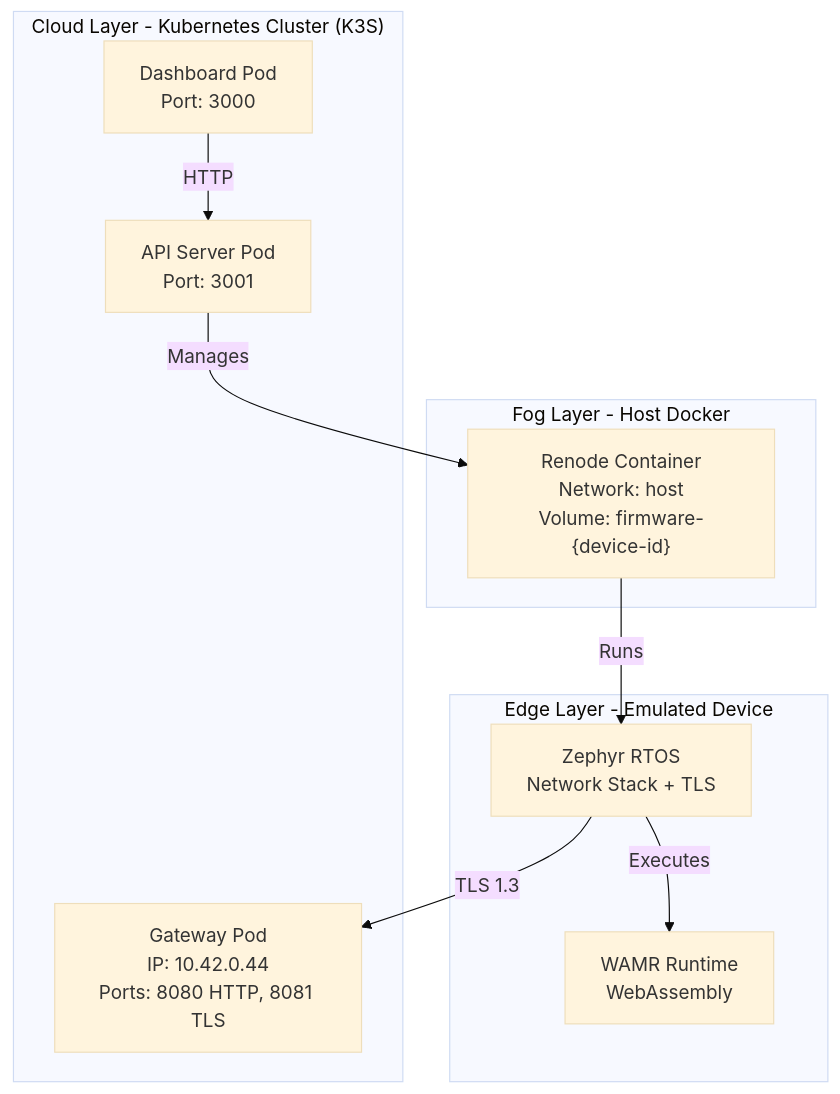
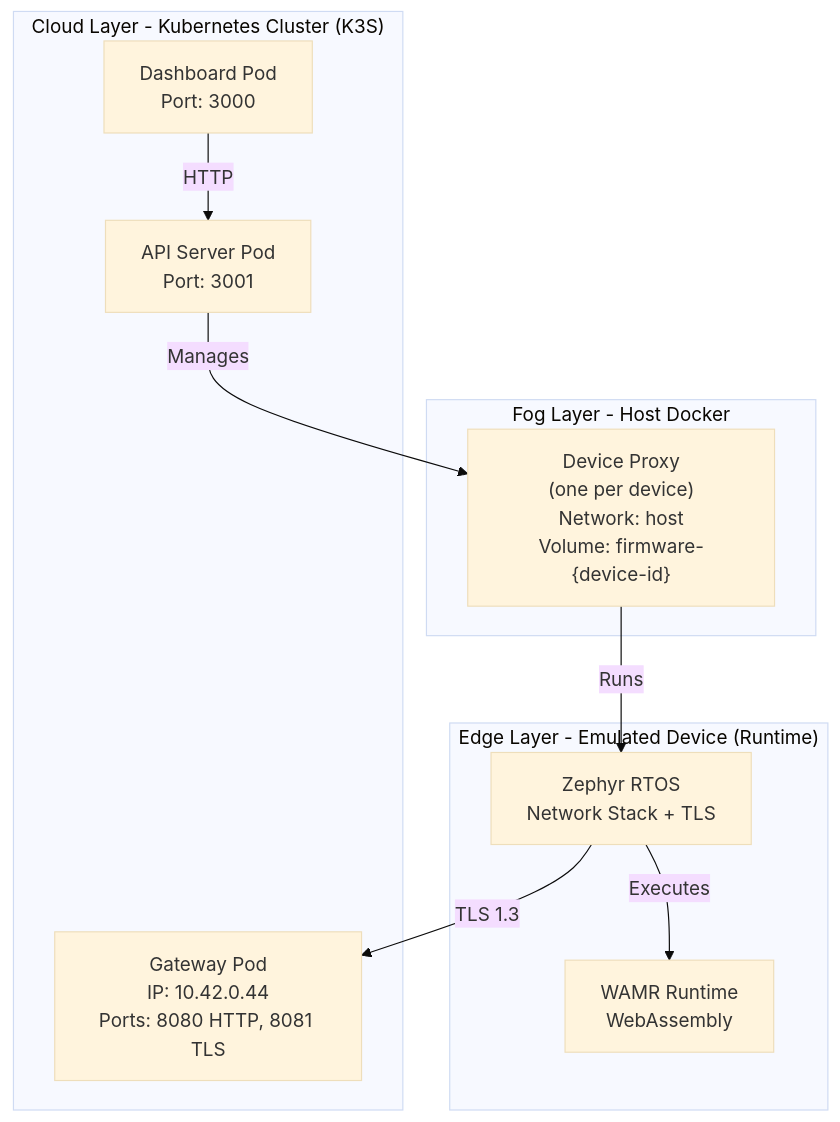
One commit to lucadagati/retrospect changed the diagram in doc/ARCHITECTURE.md. Above: the diagram before and after it, drawn with Mermaid (base theme). The commit also changed other lines of this file and 39 other files, not shown here.

````diff
--- a/doc/ARCHITECTURE.md
+++ b/doc/ARCHITECTURE.md
@@ -78,23 +88,23 @@
 ```mermaid
 graph TB
     subgraph "Cloud Layer - Kubernetes Cluster (K3S)"
         Gateway["Gateway Pod<br/>IP: 10.42.0.44<br/>Ports: 8080 HTTP, 8081 TLS"]
         APIServer["API Server Pod<br/>Port: 3001"]
         Dashboard["Dashboard Pod<br/>Port: 3000"]
     end
     
     subgraph "Fog Layer - Host Docker"
-        RenodeCont["Renode Container<br/>Network: host<br/>Volume: firmware-{device-id}"]
+        DevProxy["Device Proxy<br/>(one per device)<br/>Network: host<br/>Volume: firmware-{device-id}"]
     end
     
-    subgraph "Edge Layer - Emulated Device"
+    subgraph "Edge Layer - Emulated Device (Runtime)"
         Zephyr["Zephyr RTOS<br/>Network Stack + TLS"]
         WAMR["WAMR Runtime<br/>WebAssembly"]
     end
     
     Dashboard -->|HTTP| APIServer
-    APIServer -->|Manages| RenodeCont
+    APIServer -->|Manages| DevProxy
     Zephyr -->|TLS 1.3| Gateway
     Zephyr -->|Executes| WAMR
-    RenodeCont -->|Runs| Zephyr
+    DevProxy -->|Runs| Zephyr
 ```
````
